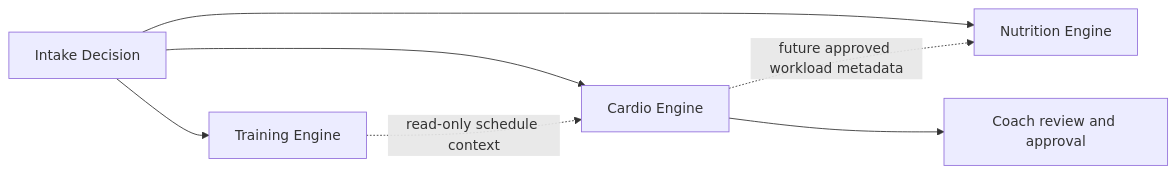
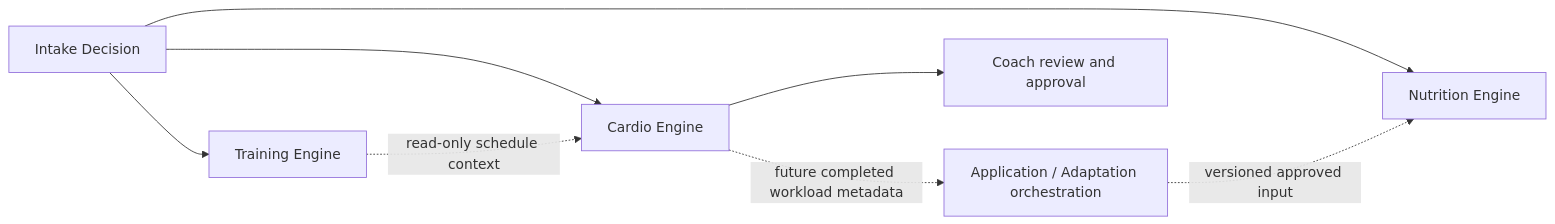
Before and after one commit to 8489mx/z-coaching-platform: the first of 2 diagrams in docs/CARDIO_ENGINE_SPEC.md, drawn with Mermaid. The commit also changed other lines of this file and 1 other file, not shown here.

Commit message:
docs: review cardio engine specification v1

````diff
--- a/docs/CARDIO_ENGINE_SPEC.md
+++ b/docs/CARDIO_ENGINE_SPEC.md
@@ -65,9 +67,10 @@
 ```mermaid
 flowchart LR
     INTAKE["Intake Decision"] --> TRAINING["Training Engine"]
     INTAKE --> CARDIO["Cardio Engine"]
     INTAKE --> NUTRITION["Nutrition Engine"]
     TRAINING -. "read-only schedule context" .-> CARDIO
-    CARDIO -. "future approved workload metadata" .-> NUTRITION
+    CARDIO -. "future completed workload metadata" .-> ORCHESTRATION["Application / Adaptation orchestration"]
+    ORCHESTRATION -. "versioned approved input" .-> NUTRITION
     CARDIO --> REVIEW["Coach review and approval"]
 ```
````
